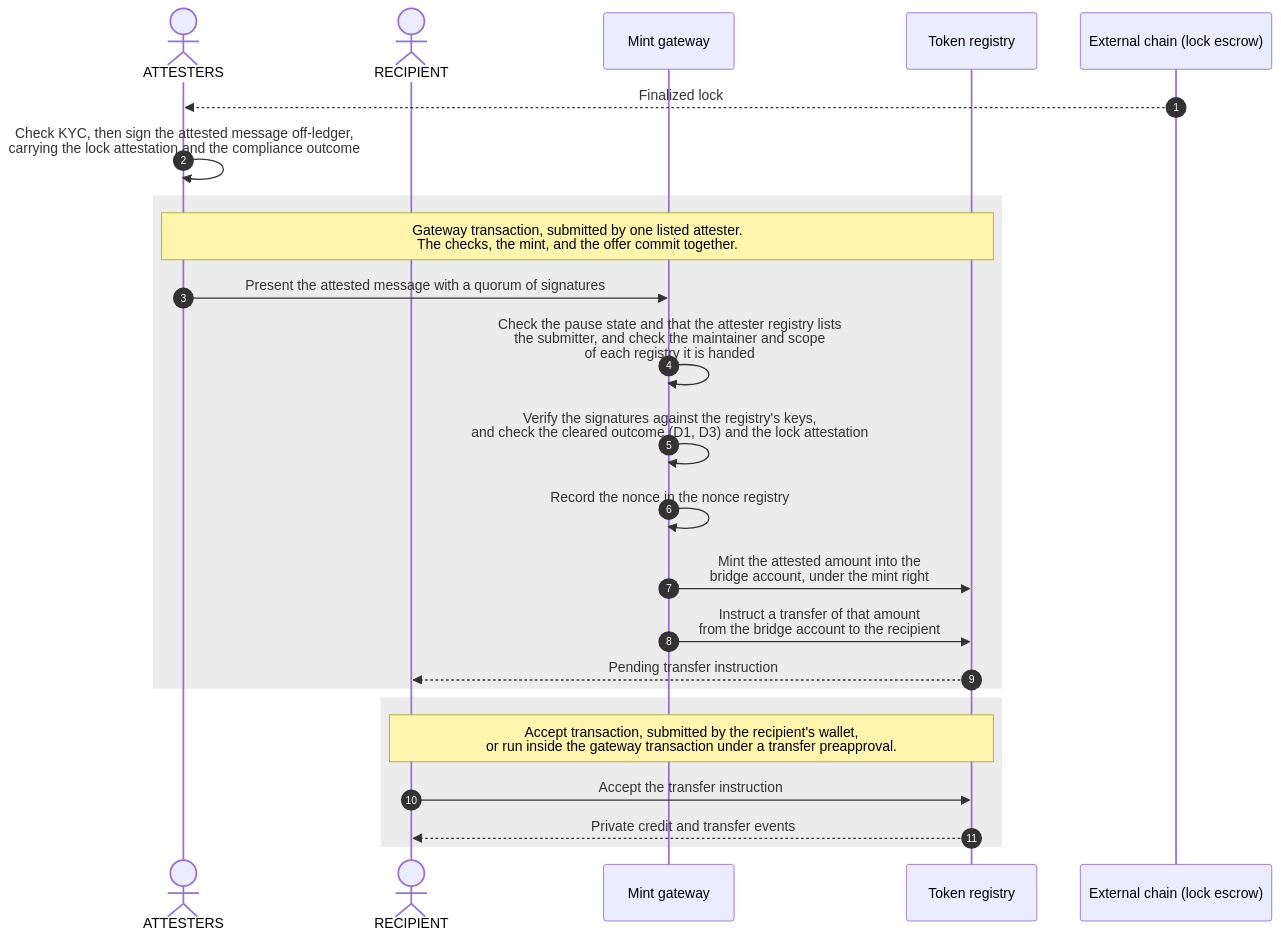
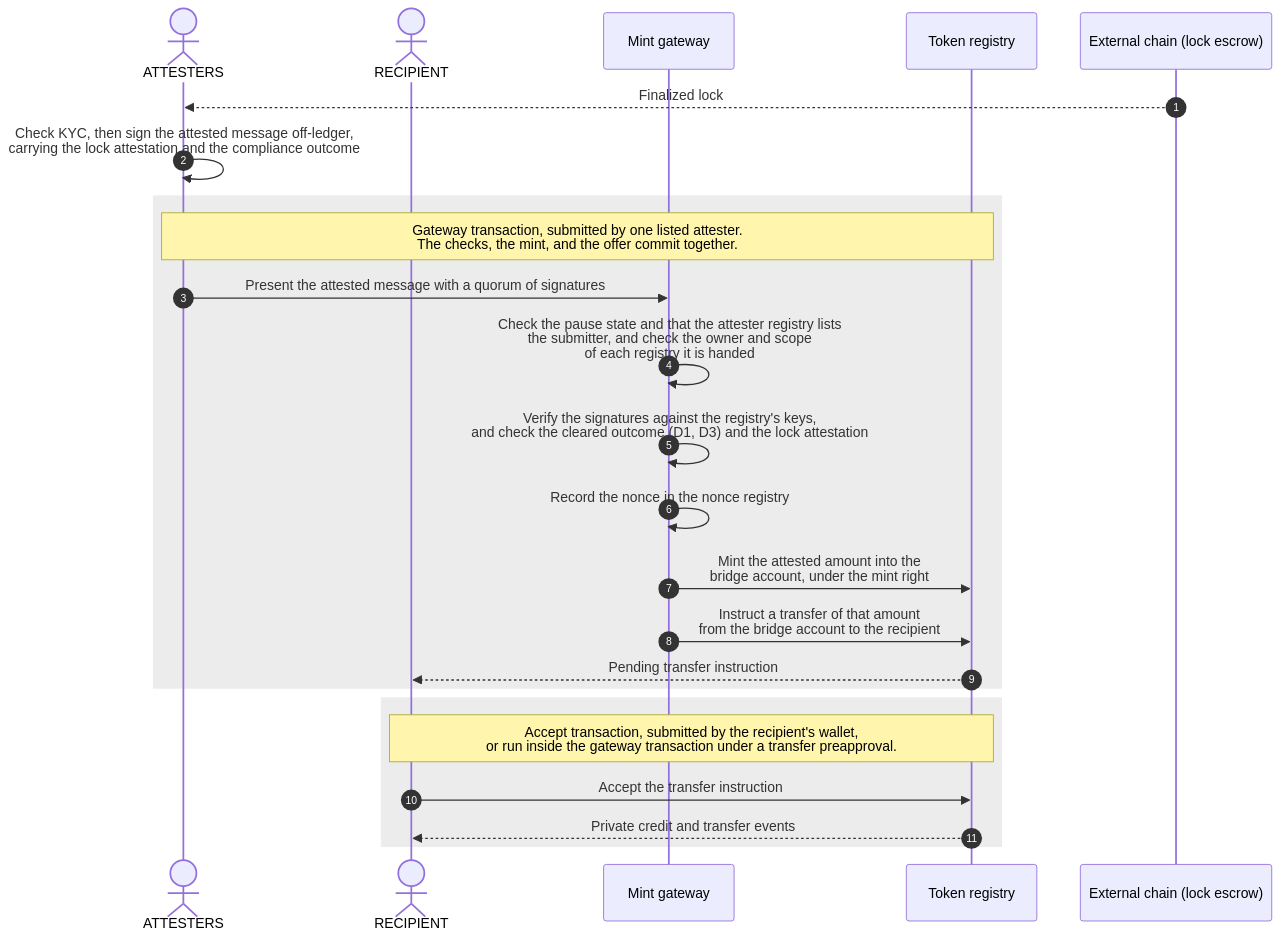
The third of 5 diagrams in docs/reference-architectures/cross-chain-stablecoin.md (OpenZeppelin/canton-specs), drawn with Mermaid before and after one commit. The commit also changed other lines of this file, not shown here.

First line of the commit message:
docs: call the registry identity field the owner, and say the checks are mandatory

````diff
--- a/docs/reference-architectures/cross-chain-stablecoin.md
+++ b/docs/reference-architectures/cross-chain-stablecoin.md
@@ -468,27 +468,27 @@
 ```mermaid
 sequenceDiagram
     autonumber
     actor Attesters as ATTESTERS
     actor Recipient as RECIPIENT
     participant App as Mint gateway
     participant Registry as Token registry
     participant Chain as External chain (lock escrow)
 
     Chain-->>Attesters: Finalized lock
     Attesters->>Attesters: Check KYC, then sign the attested message off-ledger,<br/>carrying the lock attestation and the compliance outcome
     rect rgba(127, 127, 127, .15)
         Note over Attesters,Registry: Gateway transaction, submitted by one listed attester.<br/>The checks, the mint, and the offer commit together.
         Attesters->>App: Present the attested message with a quorum of signatures
-        App->>App: Check the pause state and that the attester registry lists<br/>the submitter, and check the maintainer and scope<br/>of each registry it is handed
+        App->>App: Check the pause state and that the attester registry lists<br/>the submitter, and check the owner and scope<br/>of each registry it is handed
         App->>App: Verify the signatures against the registry's keys,<br/>and check the cleared outcome (D1, D3) and the lock attestation
         App->>App: Record the nonce in the nonce registry
         App->>Registry: Mint the attested amount into the<br/>bridge account, under the mint right
         App->>Registry: Instruct a transfer of that amount<br/>from the bridge account to the recipient
         Registry-->>Recipient: Pending transfer instruction
     end
     rect rgba(127, 127, 127, .15)
         Note over Recipient,Registry: Accept transaction, submitted by the recipient's wallet,<br/>or run inside the gateway transaction under a transfer preapproval.
         Recipient->>Registry: Accept the transfer instruction
         Registry-->>Recipient: Private credit and transfer events
     end
 ```
````
